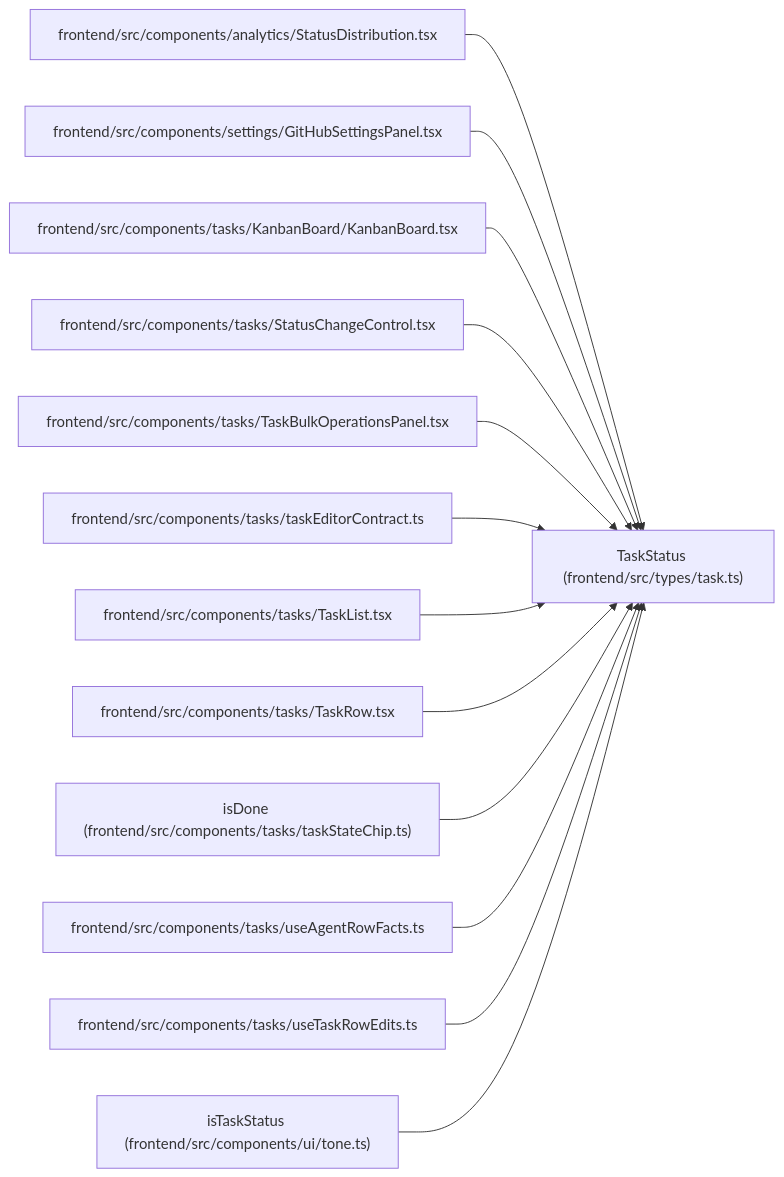
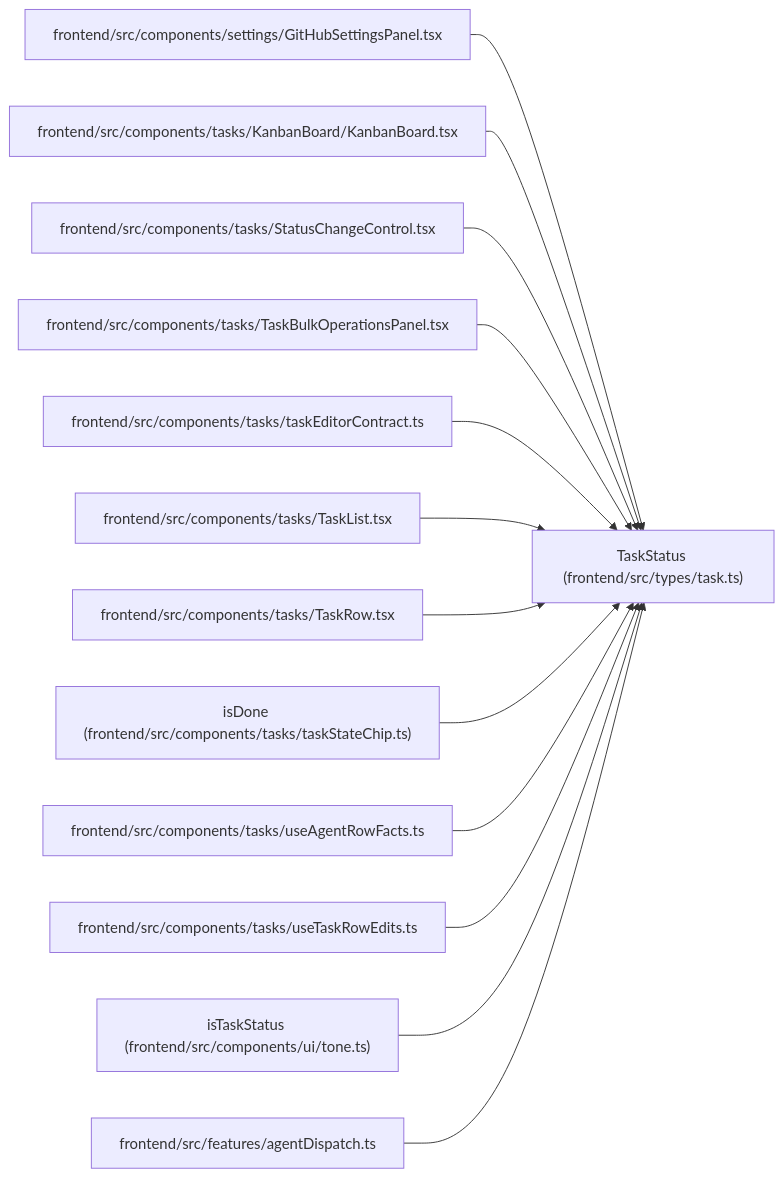
One commit to Denissvgn/WorkChord changed the diagram in docs/llm_wiki/entities/types_task_TaskStatus.md. Above: the diagram before and after it, drawn with Mermaid. The commit also changed other lines of this file and 674 other files, not shown here.

Commit message:
Sync the architectural wiki for showing stopped work

````diff
--- a/docs/llm_wiki/entities/types_task_TaskStatus.md
+++ b/docs/llm_wiki/entities/types_task_TaskStatus.md
@@ -28,41 +28,41 @@
 ```mermaid
 flowchart LR
     n0["TaskStatus (frontend/src/types/task.ts)"]
-    n1["frontend/src/components/analytics/StatusDistribution.tsx"]
-    n2["frontend/src/components/settings/GitHubSettingsPanel.tsx"]
-    n3["frontend/src/components/tasks/KanbanBoard/KanbanBoard.tsx"]
-    n4["frontend/src/components/tasks/StatusChangeControl.tsx"]
-    n5["frontend/src/components/tasks/TaskBulkOperationsPanel.tsx"]
-    n6["frontend/src/components/tasks/taskEditorContract.ts"]
-    n7["frontend/src/components/tasks/TaskList.tsx"]
-    n8["frontend/src/components/tasks/TaskRow.tsx"]
-    n9["isDone (frontend/src/components/tasks/taskStateChip.ts)"]
-    n10["frontend/src/components/tasks/useAgentRowFacts.ts"]
-    n11["frontend/src/components/tasks/useTaskRowEdits.ts"]
-    n12["isTaskStatus (frontend/src/components/ui/tone.ts)"]
+    n1["frontend/src/components/settings/GitHubSettingsPanel.tsx"]
+    n2["frontend/src/components/tasks/KanbanBoard/KanbanBoard.tsx"]
+    n3["frontend/src/components/tasks/StatusChangeControl.tsx"]
+    n4["frontend/src/components/tasks/TaskBulkOperationsPanel.tsx"]
+    n5["frontend/src/components/tasks/taskEditorContract.ts"]
+    n6["frontend/src/components/tasks/TaskList.tsx"]
+    n7["frontend/src/components/tasks/TaskRow.tsx"]
+    n8["isDone (frontend/src/components/tasks/taskStateChip.ts)"]
+    n9["frontend/src/components/tasks/useAgentRowFacts.ts"]
+    n10["frontend/src/components/tasks/useTaskRowEdits.ts"]
+    n11["isTaskStatus (frontend/src/components/ui/tone.ts)"]
+    n12["frontend/src/features/agentDispatch.ts"]
     n1 --> n0
     n2 --> n0
     n3 --> n0
     n4 --> n0
     n5 --> n0
     n6 --> n0
     n7 --> n0
     n8 --> n0
     n9 --> n0
     n10 --> n0
     n11 --> n0
     n12 --> n0
     click n0 "../modules/types_task.md"
-    click n1 "../modules/StatusDistribution.md"
-    click n2 "../modules/GitHubSettingsPanel.md"
-    click n3 "../modules/KanbanBoard.md"
-    click n4 "../modules/StatusChangeControl.md"
-    click n5 "../modules/TaskBulkOperationsPanel.md"
-    click n6 "../modules/taskEditorContract.md"
-    click n7 "../modules/TaskList.md"
-    click n8 "../modules/TaskRow.md"
-    click n9 "../modules/taskStateChip.md"
-    click n10 "../modules/useAgentRowFacts.md"
-    click n11 "../modules/useTaskRowEdits.md"
-    click n12 "../modules/tone.md"
+    click n1 "../modules/GitHubSettingsPanel.md"
+    click n2 "../modules/KanbanBoard.md"
+    click n3 "../modules/StatusChangeControl.md"
+    click n4 "../modules/TaskBulkOperationsPanel.md"
+    click n5 "../modules/taskEditorContract.md"
+    click n6 "../modules/TaskList.md"
+    click n7 "../modules/TaskRow.md"
+    click n8 "../modules/taskStateChip.md"
+    click n9 "../modules/useAgentRowFacts.md"
+    click n10 "../modules/useTaskRowEdits.md"
+    click n11 "../modules/tone.md"
+    click n12 "../modules/agentDispatch.md"
 ```
````
